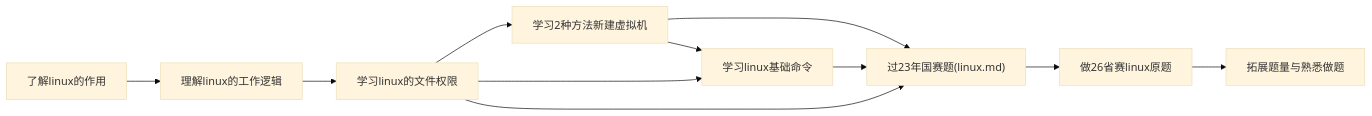
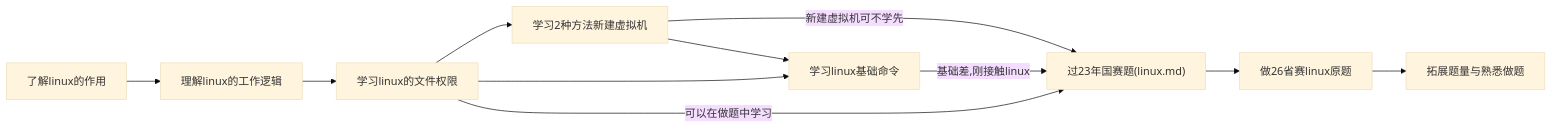
One commit to ICrazybabyI/note changed the diagram in linux_note/README_linux.md. Above: the diagram before and after it, drawn with Mermaid (base theme).

Commit message:
vault backup: 2026-04-26 21:59:30

````diff
--- a/linux_note/README_linux.md
+++ b/linux_note/README_linux.md
@@ -2,13 +2,13 @@
 ```mermaid
 graph LR;
   A["了解linux的作用"] --> B["理解linux的工作逻辑"];
   B --> C["学习linux的文件权限"];
   C --> D["学习2种方法新建虚拟机"];
   C --> E["学习linux基础命令"];
-  E --> F["过23年国赛题(linux.md)"];
-  C --> F;
-  D --> F;
+  E -->|基础差,刚接触linux| F["过23年国赛题(linux.md)"];
+  C -->|可以在做题中学习| F;
+  D -->|新建虚拟机可不学先| F;
   D --> E;
   F --> G["做26省赛linux原题"];
   G --> H["拓展题量与熟悉做题"];
 ```
````
